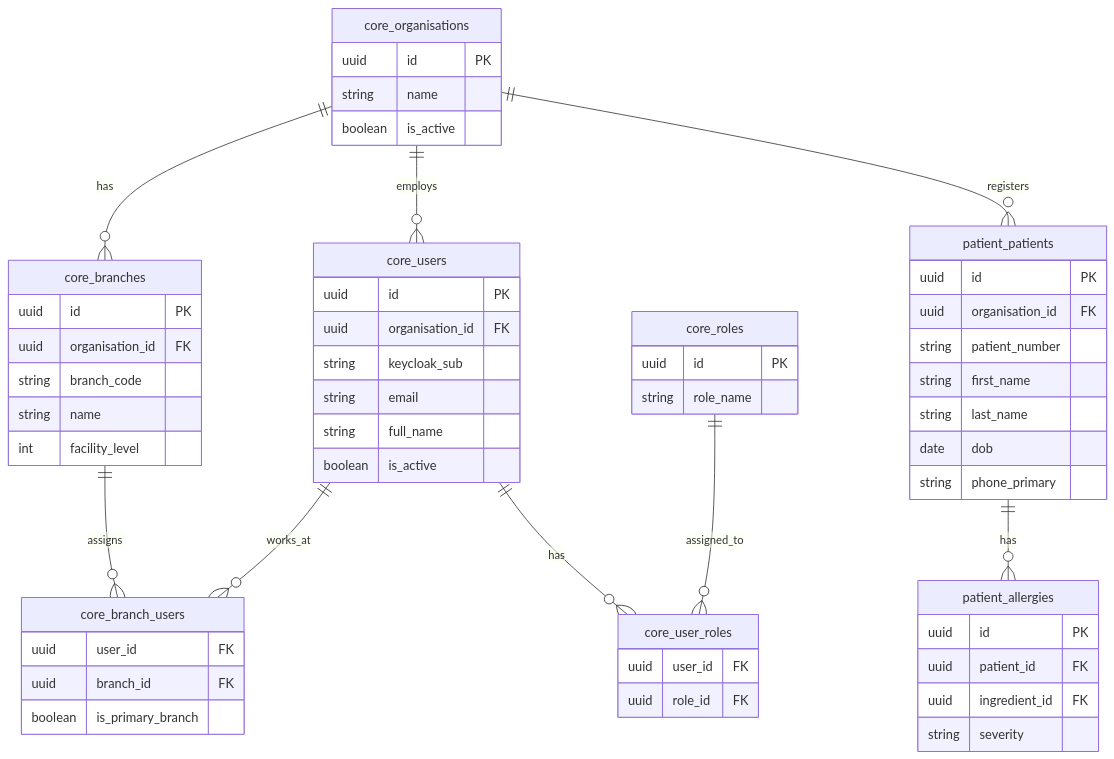
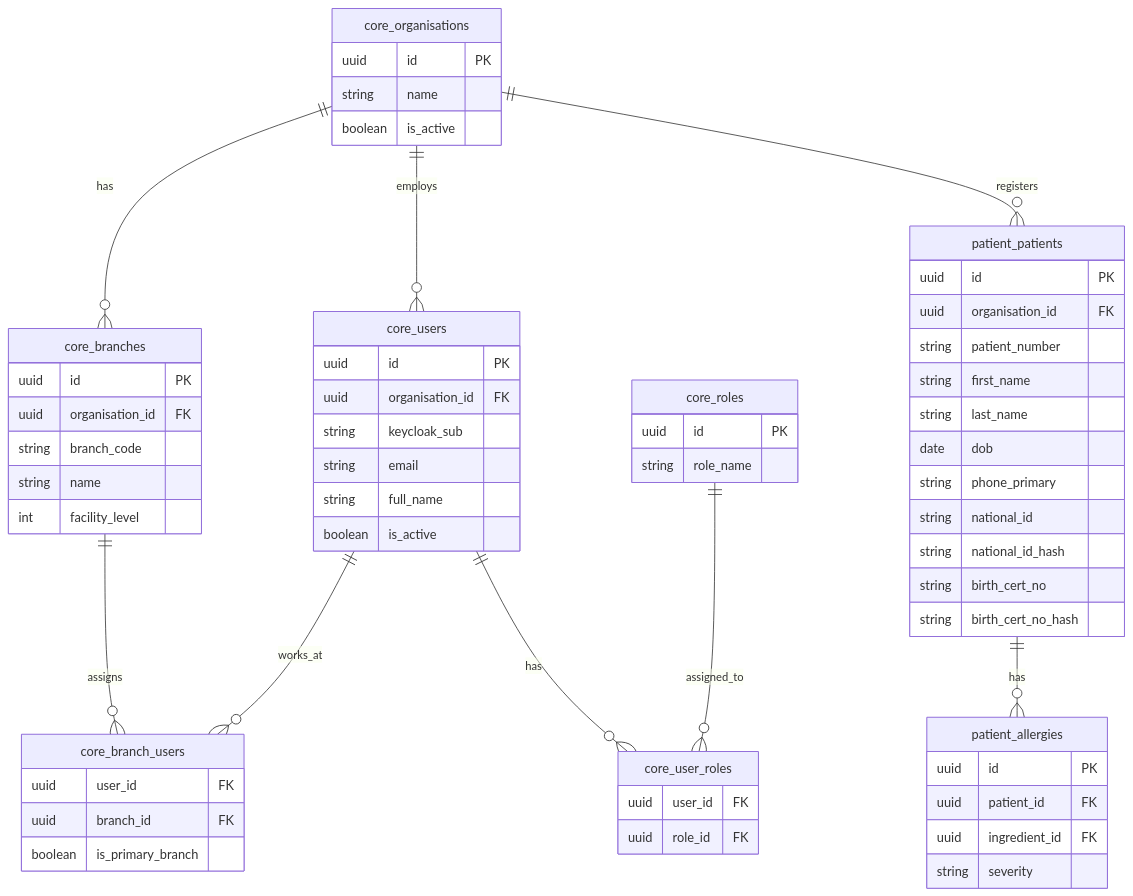
One commit to kray-taro/Pzure changed the first of 6 diagrams in DOCS/Unified_ERD.md. Above: the diagram before and after it, drawn with Mermaid. The commit also changed 2 other files, not shown here.

Commit message:
docs(adr): ratify national_id (+ minor birth_cert_no) search hash with keyed-HMAC pepper (#65)
Product confirmed national-ID exact-match lookup is a genuine MVP
requirement (reception/clinician patient lookup), with birth certificate
number as the equivalent key for minors who lack a national ID.

Ratifies the "if needed" path of #65:
- ADR-003 §4: authorize a national_id_hash (and birth_cert_no_hash for
  minors) deterministic search hash, but ONLY as a keyed HMAC-SHA256 with
  a secret pepper held outside the DB (Key Vault per ADR-007), to defeat
  the offline-enumeration threat ADR-003 §1 exists to mitigate.
- ADR-007 §6: state the pepper/keying requirement explicitly and apply it
  to ALL deterministic search hashes in the registry (patient_number,
  phone_primary, dob, email, mpesa_receipt_number), which share the
  enumeration concern.
- Unified_ERD: add national_id, birth_cert_no and their *_hash columns to
  patient_patients so ERD, ADR-003 §4 and the PII registry agree.

Refs ADR-003 §4, ADR-007, #55, #40, #65.

````diff
--- a/DOCS/Unified_ERD.md
+++ b/DOCS/Unified_ERD.md
@@ -7,60 +7,64 @@
 ```mermaid
 erDiagram
     core_organisations {
         uuid id PK
         string name
         boolean is_active
     }
     core_branches {
         uuid id PK
         uuid organisation_id FK
         string branch_code
         string name
         int facility_level
     }
     core_users {
         uuid id PK
         uuid organisation_id FK
         string keycloak_sub
         string email
         string full_name
         boolean is_active
     }
     core_roles {
         uuid id PK
         string role_name
     }
     core_user_roles {
         uuid user_id FK
         uuid role_id FK
     }
     core_branch_users {
         uuid user_id FK
         uuid branch_id FK
         boolean is_primary_branch
     }
     patient_patients {
         uuid id PK
         uuid organisation_id FK
         string patient_number
         string first_name
         string last_name
         date dob
         string phone_primary
+        string national_id
+        string national_id_hash
+        string birth_cert_no
+        string birth_cert_no_hash
     }
     patient_allergies {
         uuid id PK
         uuid patient_id FK
         uuid ingredient_id FK
         string severity
     }
 
     core_organisations ||--o{ core_branches : "has"
     core_organisations ||--o{ core_users : "employs"
     core_organisations ||--o{ patient_patients : "registers"
     core_branches ||--o{ core_branch_users : "assigns"
     core_users ||--o{ core_branch_users : "works_at"
     core_users ||--o{ core_user_roles : "has"
     core_roles ||--o{ core_user_roles : "assigned_to"
     patient_patients ||--o{ patient_allergies : "has"
 ```
````
